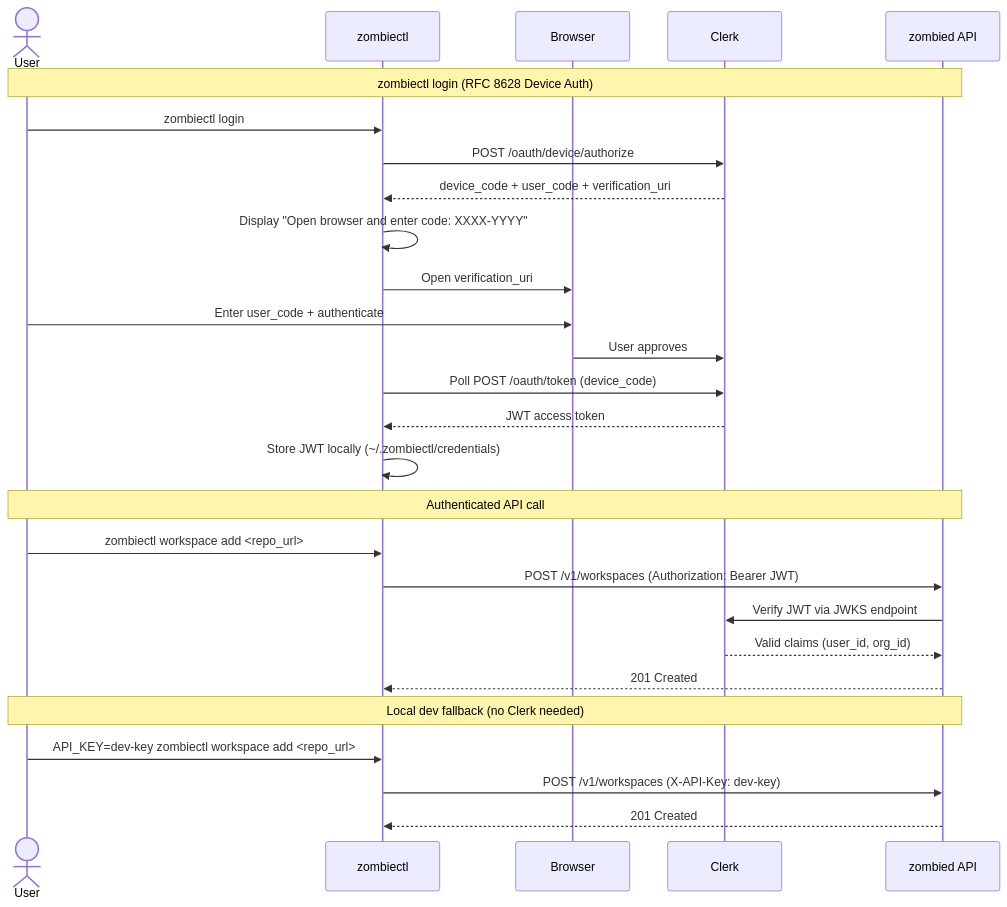
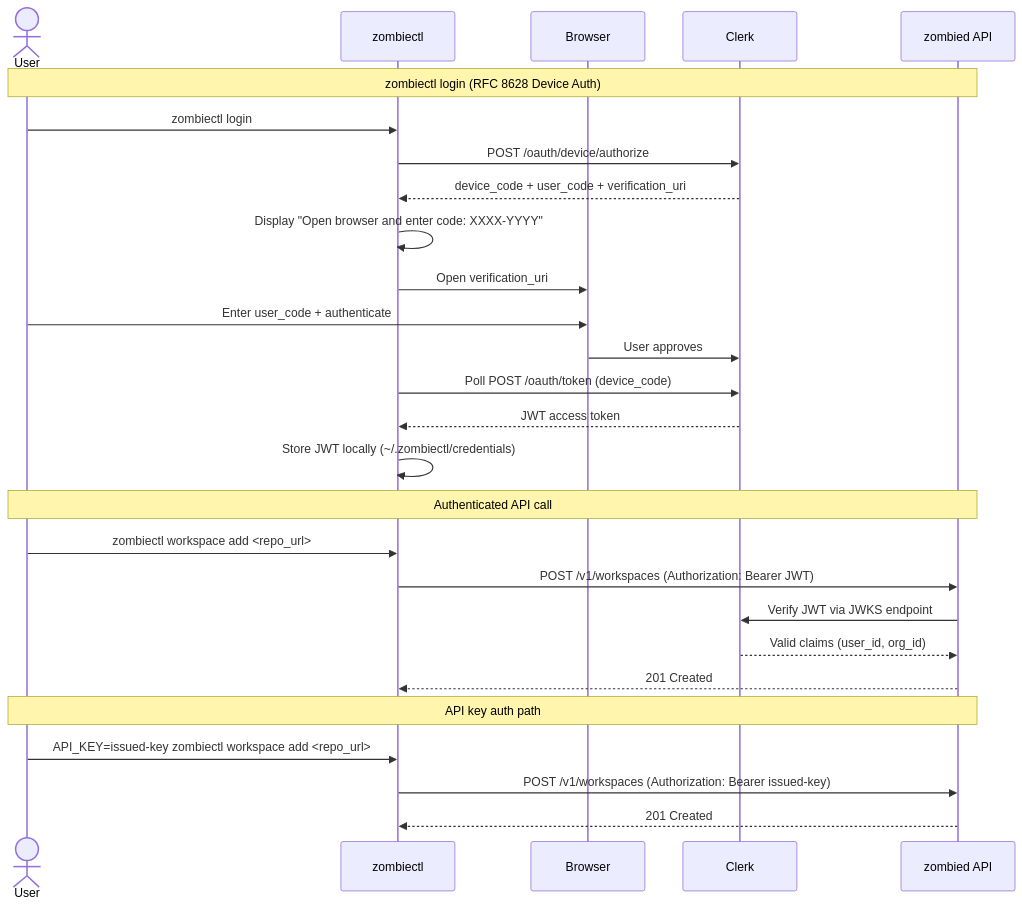
The second of 3 diagrams in docs/ARCHITECTURE.md (usezombie/usezombie), drawn with Mermaid before and after one commit. The commit also changed other lines of this file and 21 other files, not shown here.

Commit message:
feat(auth): support oidc and api key bearer auth

````diff
--- a/docs/ARCHITECTURE.md
+++ b/docs/ARCHITECTURE.md
@@ -248,32 +248,32 @@
 ```mermaid
 sequenceDiagram
     actor User
     participant CLI as zombiectl
     participant Browser
     participant CK as Clerk
     participant API as zombied API
 
     Note over User,API: zombiectl login (RFC 8628 Device Auth)
     User->>CLI: zombiectl login
     CLI->>CK: POST /oauth/device/authorize
     CK-->>CLI: device_code + user_code + verification_uri
     CLI->>CLI: Display "Open browser and enter code: XXXX-YYYY"
     CLI->>Browser: Open verification_uri
     User->>Browser: Enter user_code + authenticate
     Browser->>CK: User approves
     CLI->>CK: Poll POST /oauth/token (device_code)
     CK-->>CLI: JWT access token
     CLI->>CLI: Store JWT locally (~/.zombiectl/credentials)
 
     Note over User,API: Authenticated API call
     User->>CLI: zombiectl workspace add <repo_url>
     CLI->>API: POST /v1/workspaces (Authorization: Bearer JWT)
     API->>CK: Verify JWT via JWKS endpoint
     CK-->>API: Valid claims (user_id, org_id)
     API-->>CLI: 201 Created
 
-    Note over User,API: Local dev fallback (no Clerk needed)
-    User->>CLI: API_KEY=dev-key zombiectl workspace add <repo_url>
-    CLI->>API: POST /v1/workspaces (X-API-Key: dev-key)
+    Note over User,API: API key auth path
+    User->>CLI: API_KEY=issued-key zombiectl workspace add <repo_url>
+    CLI->>API: POST /v1/workspaces (Authorization: Bearer issued-key)
     API-->>CLI: 201 Created
 ```
````
